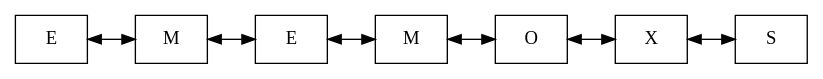
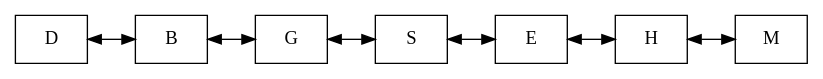
One commit to RoberttHernan/EDD_1S2020_PY1_201700870 changed the diagram in dot_s/lista_letras_player_uno.dot. Above: the diagram before and after it, drawn with Graphviz. The commit also changed 20 other files, not shown here.

```diff
--- a/dot_s/lista_letras_player_uno.dot
+++ b/dot_s/lista_letras_player_uno.dot
@@ -1,13 +1,13 @@
 digraph G {
  rankdir=LR 
  node[shape=box] 
-node1[label = "E"]
-node2[label = "M"]
-node3[label = "E"]
-node4[label = "M"]
-node5[label = "O"]
-node6[label = "X"]
-node7[label = "S"]
+node1[label = "D"]
+node2[label = "B"]
+node3[label = "G"]
+node4[label = "S"]
+node5[label = "E"]
+node6[label = "H"]
+node7[label = "M"]
 node1->node2->node3->node4->node5->node6->node7[dir=both];
 
 }
```
